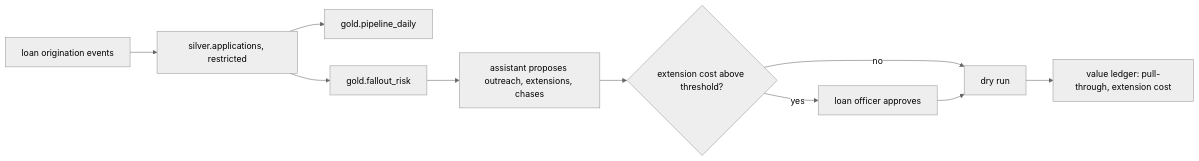
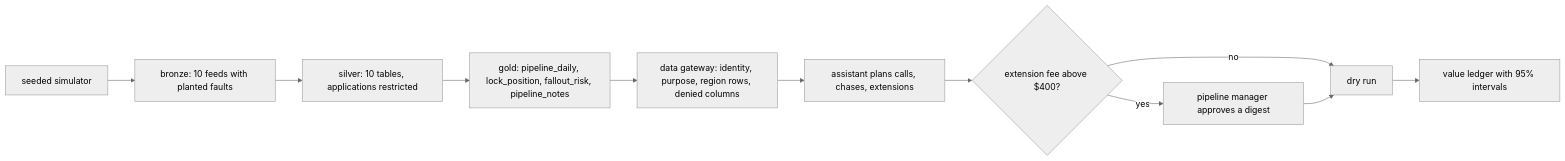
Before and after one commit to jagadishmazure-jpg/Jagadish-agentic-data-layer: the diagram in domains/mortgage/README.md, drawn with Mermaid (neutral theme). The commit also changed other lines of this file and 9 other files, not shown here.

````diff
--- a/domains/mortgage/README.md
+++ b/domains/mortgage/README.md
@@ -26,12 +31,13 @@
 ```mermaid
 flowchart LR
-  LOS[loan origination events] --> S[silver.applications, restricted]
-  S --> PD[gold.pipeline_daily]
-  S --> FR[gold.fallout_risk]
-  FR --> AG[assistant proposes outreach, extensions, chases]
-  AG --> AP{extension cost above threshold?}
-  AP -->|yes| LO[loan officer approves]
+  SIM[seeded simulator] --> B[bronze: 10 feeds with planted faults]
+  B --> S[silver: 10 tables, applications restricted]
+  S --> G[gold: pipeline_daily, lock_position, fallout_risk, pipeline_notes]
+  G --> GW[data gateway: identity, purpose, region rows, denied columns]
+  GW --> AG[assistant plans calls, chases, extensions]
+  AG --> AP{extension fee above $400?}
+  AP -->|yes| PM[pipeline manager approves a digest]
   AP -->|no| DR[dry run]
-  LO --> DR
-  DR --> VL[value ledger: pull-through, extension cost]
+  PM --> DR
+  DR --> VL[value ledger with 95% intervals]
 ```
````
